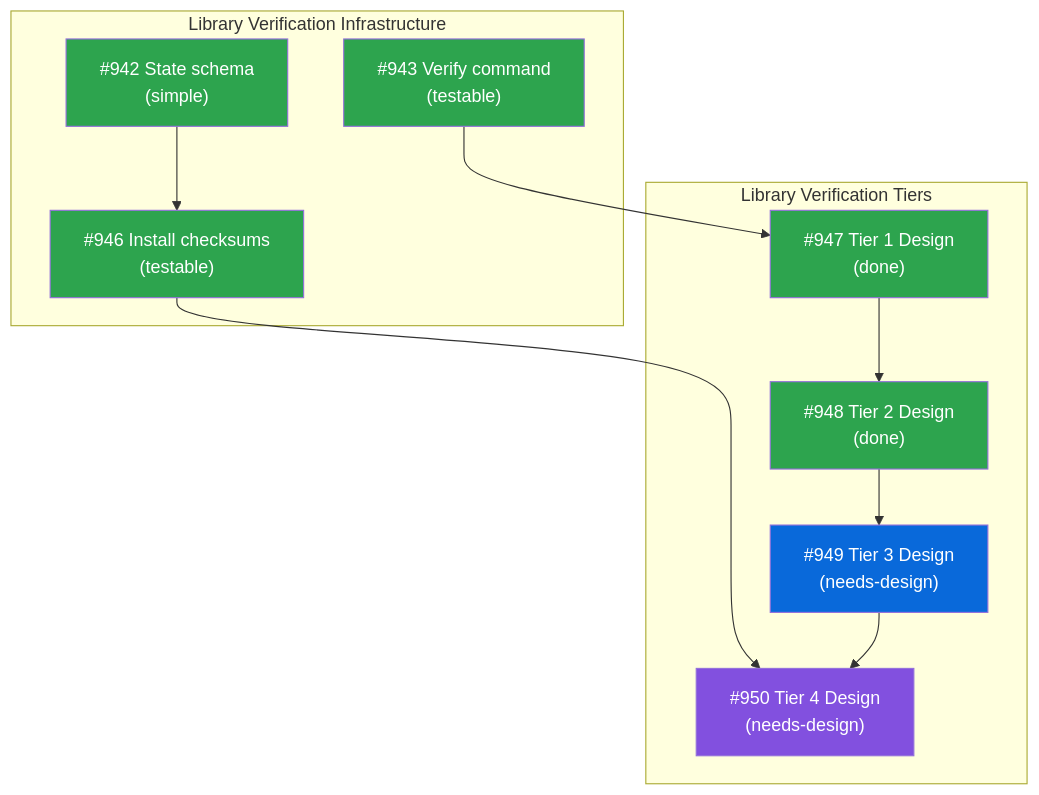
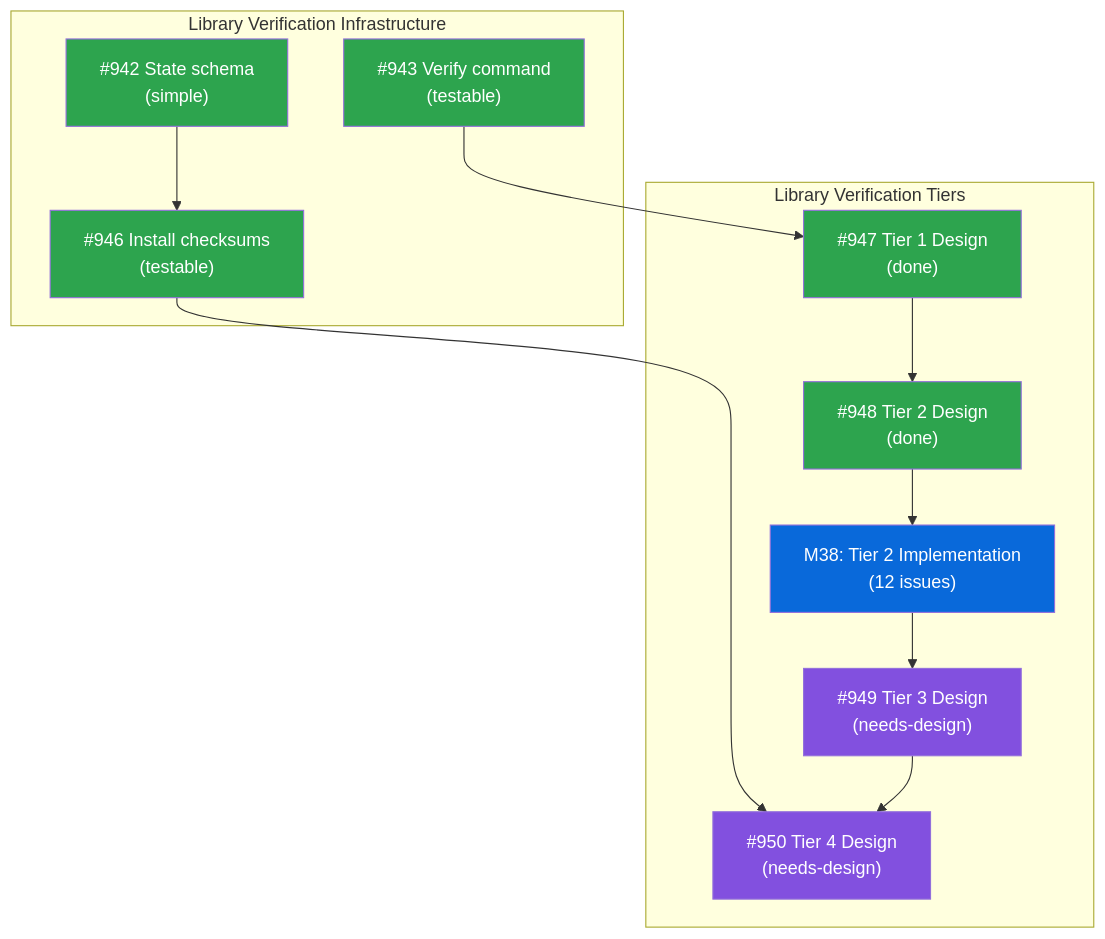
One commit to tsukumogami/tsuku changed the diagram in docs/designs/DESIGN-library-verification.md. Above: the diagram before and after it, drawn with Mermaid. The commit also changed other lines of this file, not shown here.

Commit message:
docs(design): add Tier 2 milestone to umbrella verification design
- Add M38 (Tier 2 Dependency Validation) milestone to issues table
- Update Mermaid diagram to show milestone between design (#948) and Tier 3
- Show milestone as ready (blue) since implementation can now begin
- Update #949 dependency from #948 to M38

````diff
--- a/docs/designs/DESIGN-library-verification.md
+++ b/docs/designs/DESIGN-library-verification.md
@@ -17,27 +18,29 @@
 ```mermaid
 graph TD
     subgraph Infrastructure["Library Verification Infrastructure"]
         I942["#942 State schema<br/>(simple)"]:::done
         I943["#943 Verify command<br/>(testable)"]:::done
         I946["#946 Install checksums<br/>(testable)"]:::done
     end
 
     subgraph Tiers["Library Verification Tiers"]
         I947["#947 Tier 1 Design<br/>(done)"]:::done
         I948["#948 Tier 2 Design<br/>(done)"]:::done
-        I949["#949 Tier 3 Design<br/>(needs-design)"]:::ready
+        M38["M38: Tier 2 Implementation<br/>(12 issues)"]:::ready
+        I949["#949 Tier 3 Design<br/>(needs-design)"]:::needsdesign
         I950["#950 Tier 4 Design<br/>(needs-design)"]:::needsdesign
     end
 
     I942 --> I946
     I943 --> I947
     I947 --> I948
-    I948 --> I949
+    I948 --> M38
+    M38 --> I949
     I946 --> I950
     I949 --> I950
 
     classDef done fill:#2da44e,color:white
     classDef ready fill:#0969da,color:white
     classDef blocked fill:#d4a72c,color:white
     classDef needsdesign fill:#8250df,color:white
 ```
````
